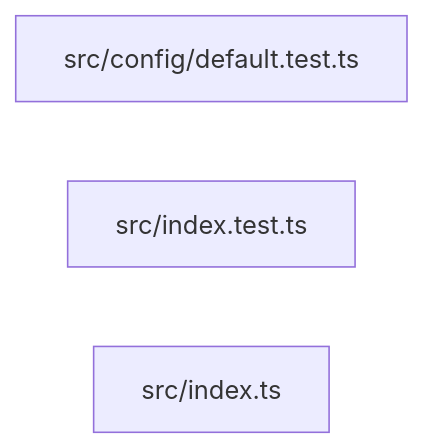
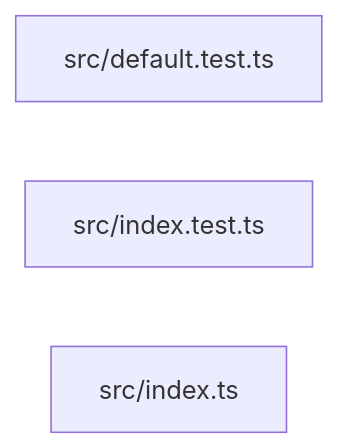
The diagram in paradox/diagrams/export-graph.mmd (ankhorage/renovate), drawn with Mermaid before and after one commit. The commit also changed 5 other files, not shown here.

Commit message:
refactor: colocate default preset test

```diff
--- a/paradox/diagrams/export-graph.mmd
+++ b/paradox/diagrams/export-graph.mmd
@@ -1,4 +1,4 @@
 graph LR
-  module_src_config_default_test_ts["src/config/default.test.ts"]
+  module_src_default_test_ts["src/default.test.ts"]
   module_src_index_test_ts["src/index.test.ts"]
   module_src_index_ts["src/index.ts"]
```
